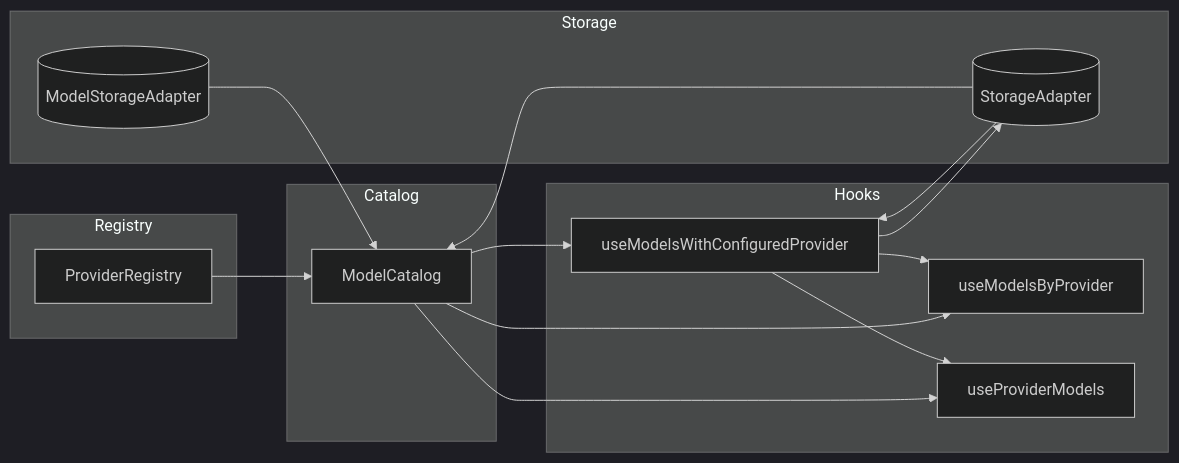
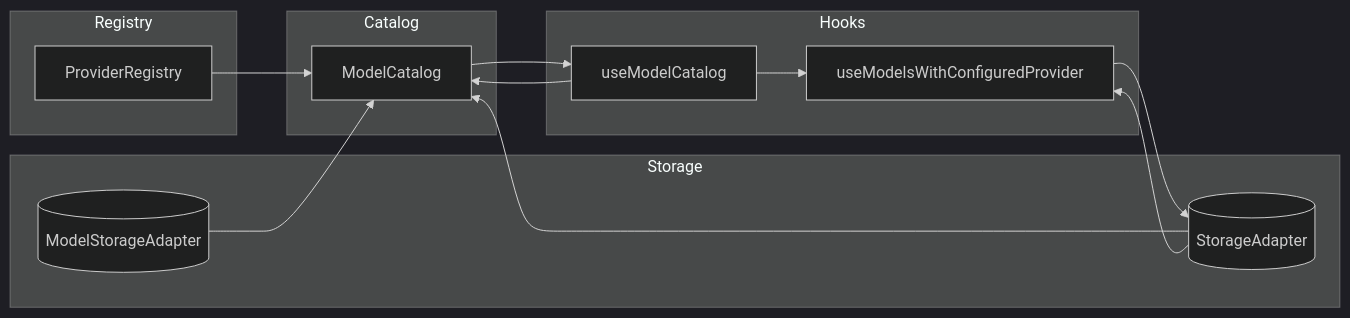
Before and after one commit to hbmartin/ai-sdk-react-model-picker: the first of 6 diagrams in docs/catalog-architecture.md, drawn with Mermaid (dark theme). The commit also changed other lines of this file and 20 other files, not shown here.

````diff
--- a/docs/catalog-architecture.md
+++ b/docs/catalog-architecture.md
@@ -13,29 +13,26 @@
 ```mermaid
 flowchart LR
   subgraph Registry
     PR[ProviderRegistry]
   end
   subgraph Storage
     OS[(StorageAdapter)]
     MS[(ModelStorageAdapter)]
   end
   subgraph Catalog
     MC[ModelCatalog]
   end
   subgraph Hooks
+    UMC[useModelCatalog]
     UMWCP[useModelsWithConfiguredProvider]
-    UMBP[useModelsByProvider]
-    UPM[useProviderModels]
   end
 
   PR --> MC
   OS --> MC
   MS --> MC
-  MC --> UMWCP
-  MC --> UMBP
-  MC --> UPM
+  MC --> UMC
+  UMC --> UMWCP
   OS --> UMWCP
   UMWCP --> OS
-  UMWCP --> UMBP
-  UMWCP --> UPM
+  UMC --> MC
 ```
````
